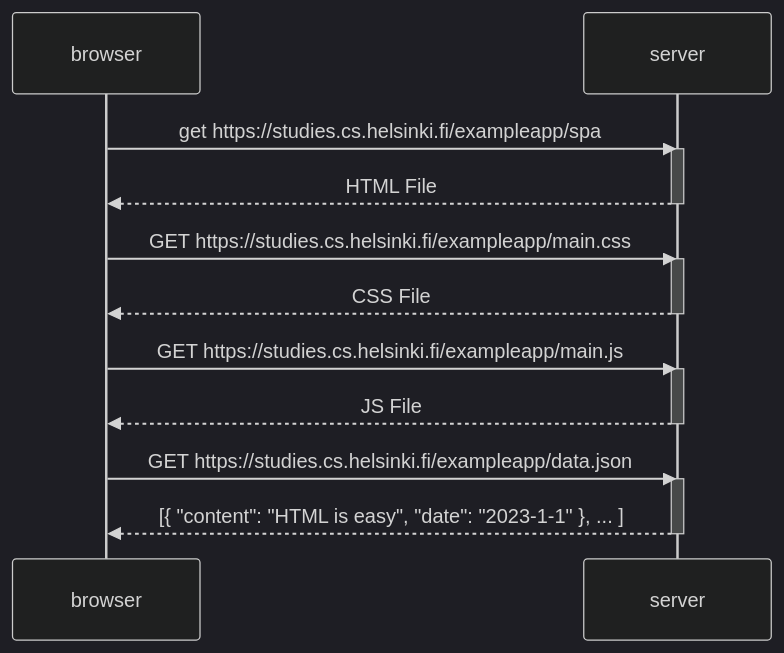
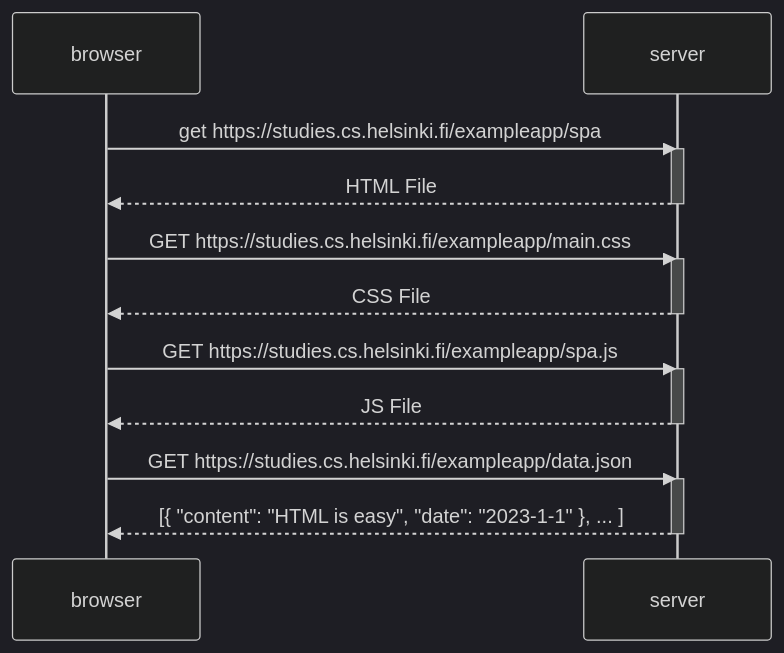
Before and after one commit to DA-777-VO/FullStackOpen: the diagram in Part0/0.5.md, drawn with Mermaid (dark theme).

````diff
--- a/Part0/0.5.md
+++ b/Part0/0.5.md
@@ -1,28 +1,28 @@
 ```mermaid
 sequenceDiagram
     participant browser
     participant server
 
 
     browser->>server:  get https://studies.cs.helsinki.fi/exampleapp/spa
     activate server
     server-->>browser: HTML File
     deactivate server
 
 
     browser->>server: GET https://studies.cs.helsinki.fi/exampleapp/main.css
     activate server
     server-->>browser: CSS File
     deactivate server
 
-    browser->>server: GET https://studies.cs.helsinki.fi/exampleapp/main.js
+    browser->>server: GET https://studies.cs.helsinki.fi/exampleapp/spa.js
     activate server
     server-->>browser: JS File
     deactivate server
 
 
     browser->>server: GET https://studies.cs.helsinki.fi/exampleapp/data.json
     activate server
     server-->>browser: [{ "content": "HTML is easy", "date": "2023-1-1" }, ... ]
     deactivate server
 ```
````
